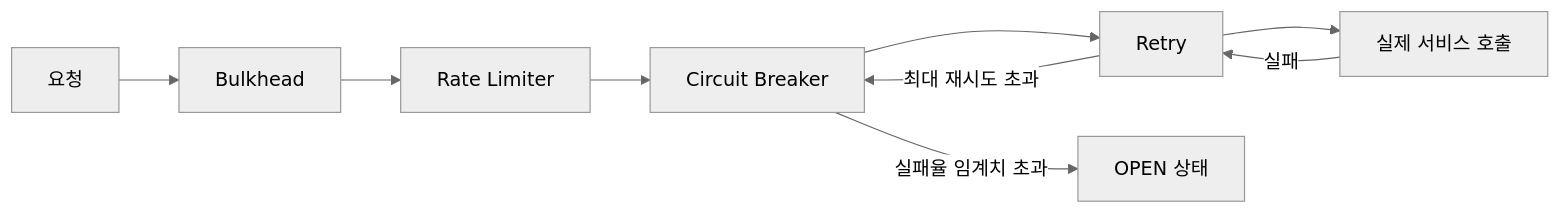
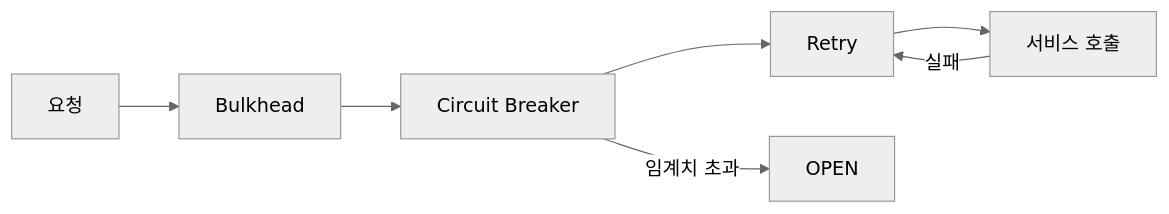
Before and after one commit to yjkim2015/yjkim2015.github.io: the second of 2 diagrams in _posts/spring/2026-05-01-spring-resilience.md, drawn with Mermaid (neutral theme). The commit also changed 163 other files, not shown here.

First line of the commit message:
Mermaid 300개 블록 내용 축소: 5노드 5엣지 이하, 의미 있는 약어

````diff
--- a/_posts/spring/2026-05-01-spring-resilience.md
+++ b/_posts/spring/2026-05-01-spring-resilience.md
@@ -245,11 +245,9 @@
 ```mermaid
 graph LR
     REQ["요청"] --> BH["Bulkhead"]
-    BH --> RL["Rate Limiter"]
-    RL --> CB["Circuit Breaker"]
+    BH --> CB["Circuit Breaker"]
     CB --> RT["Retry"]
-    RT --> SVC["실제 서비스 호출"]
-    SVC -->|"실패"| RT
-    RT -->|"최대 재시도 초과"| CB
-    CB -->|"실패율 임계치 초과"| OPEN["OPEN 상태"]
+    RT --> SVC["서비스 호출"]
+    SVC -->|실패| RT
+    CB -->|임계치 초과| OPEN["OPEN"]
 ```
````
